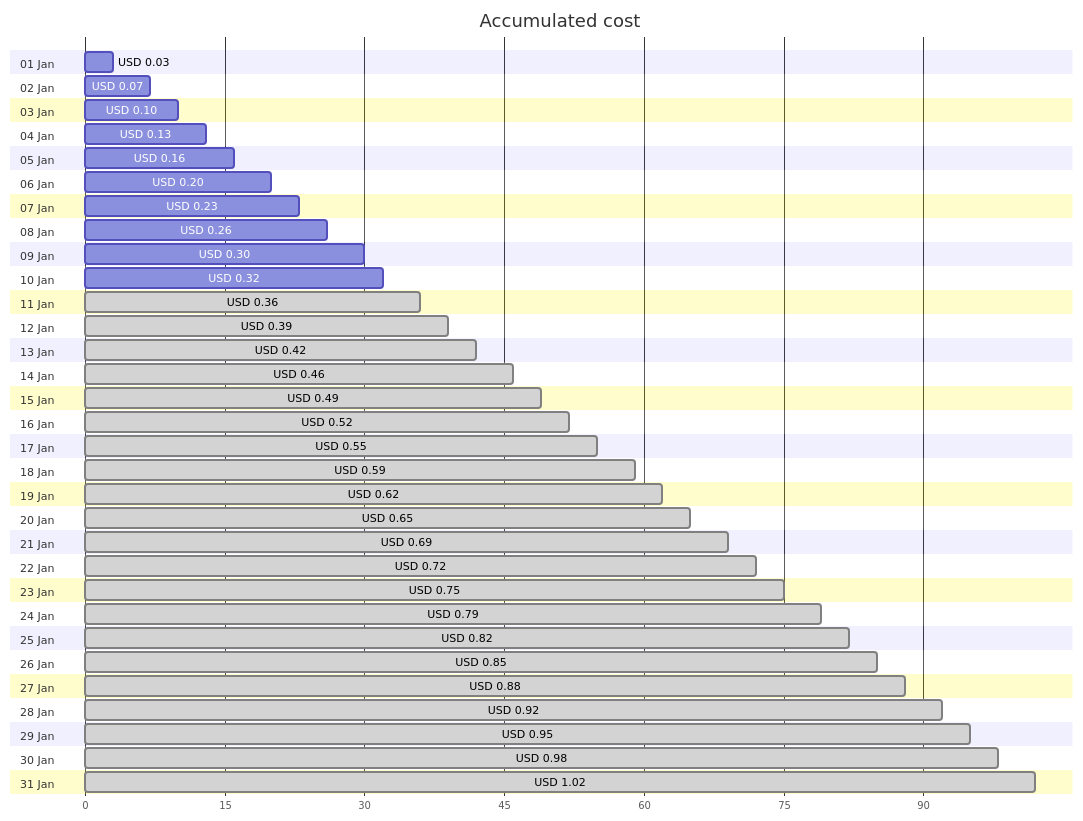
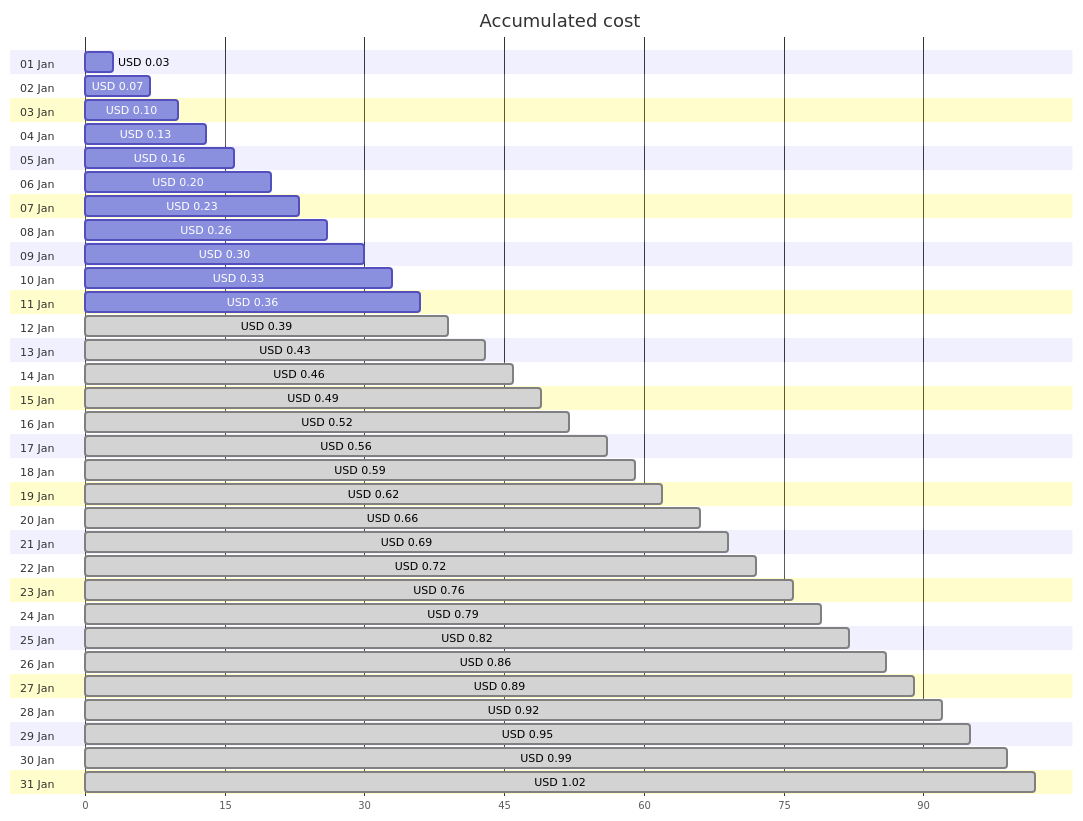
Before and after one commit to jpfulton/azure-personal-reports: the first of 4 diagrams in cost-reports/personal-dns/README.md, drawn with Mermaid. The commit also changed other lines of this file and 2 other files, not shown here.

Commit message:
Generated reports [skip ci]

````diff
--- a/cost-reports/personal-dns/README.md
+++ b/cost-reports/personal-dns/README.md
@@ -20,68 +20,68 @@
 ```mermaid
 gantt
    title Accumulated cost
    dateFormat  X
    axisFormat %s
    section 01 Jan
    USD 0.03 :0, 3
    section 02 Jan
    USD 0.07 :0, 7
    section 03 Jan
    USD 0.10 :0, 10
    section 04 Jan
    USD 0.13 :0, 13
    section 05 Jan
    USD 0.16 :0, 16
    section 06 Jan
    USD 0.20 :0, 20
    section 07 Jan
    USD 0.23 :0, 23
    section 08 Jan
    USD 0.26 :0, 26
    section 09 Jan
    USD 0.30 :0, 30
    section 10 Jan
-   USD 0.32 :0, 32
+   USD 0.33 :0, 33
    section 11 Jan
-   USD 0.36 : done, 0, 36
+   USD 0.36 :0, 36
    section 12 Jan
    USD 0.39 : done, 0, 39
    section 13 Jan
-   USD 0.42 : done, 0, 42
+   USD 0.43 : done, 0, 43
    section 14 Jan
    USD 0.46 : done, 0, 46
    section 15 Jan
    USD 0.49 : done, 0, 49
    section 16 Jan
    USD 0.52 : done, 0, 52
    section 17 Jan
-   USD 0.55 : done, 0, 55
+   USD 0.56 : done, 0, 56
    section 18 Jan
    USD 0.59 : done, 0, 59
    section 19 Jan
    USD 0.62 : done, 0, 62
    section 20 Jan
-   USD 0.65 : done, 0, 65
+   USD 0.66 : done, 0, 66
    section 21 Jan
    USD 0.69 : done, 0, 69
    section 22 Jan
    USD 0.72 : done, 0, 72
    section 23 Jan
-   USD 0.75 : done, 0, 75
+   USD 0.76 : done, 0, 76
    section 24 Jan
    USD 0.79 : done, 0, 79
    section 25 Jan
    USD 0.82 : done, 0, 82
    section 26 Jan
-   USD 0.85 : done, 0, 85
+   USD 0.86 : done, 0, 86
    section 27 Jan
-   USD 0.88 : done, 0, 88
+   USD 0.89 : done, 0, 89
    section 28 Jan
    USD 0.92 : done, 0, 92
    section 29 Jan
    USD 0.95 : done, 0, 95
    section 30 Jan
-   USD 0.98 : done, 0, 98
+   USD 0.99 : done, 0, 99
    section 31 Jan
    USD 1.02 : done, 0, 102
 ```
````
